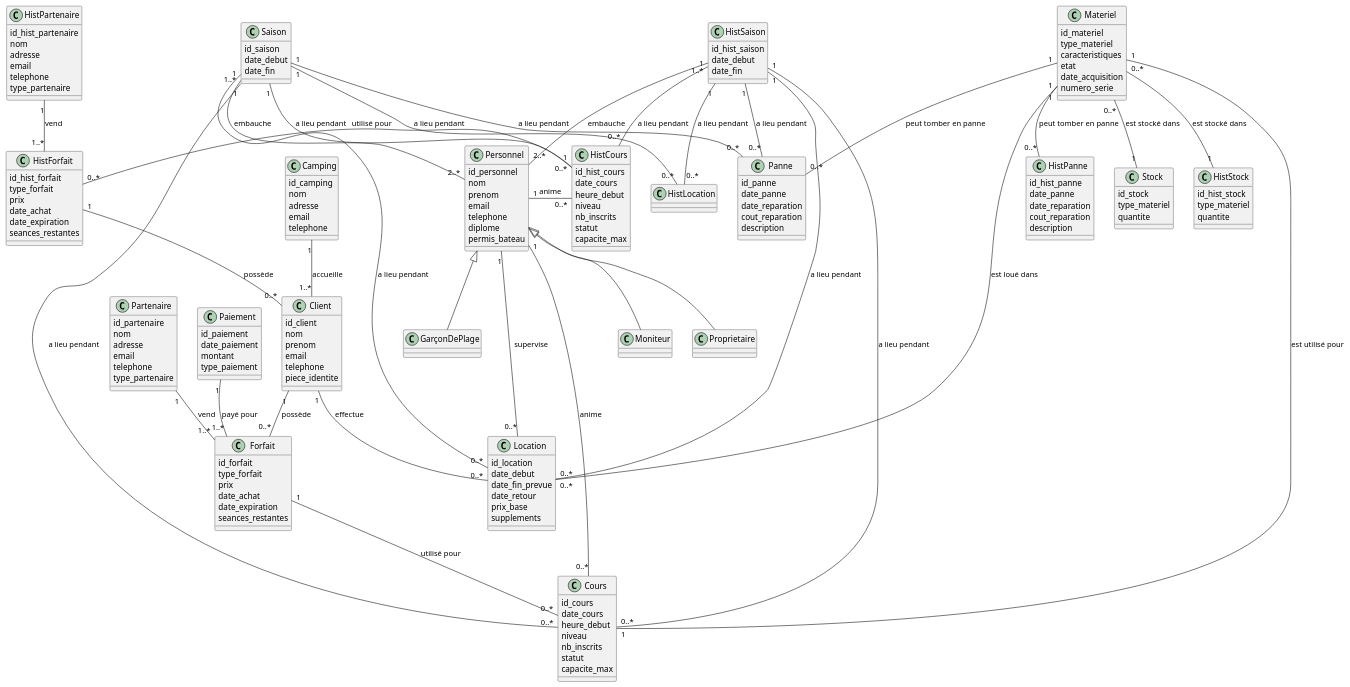
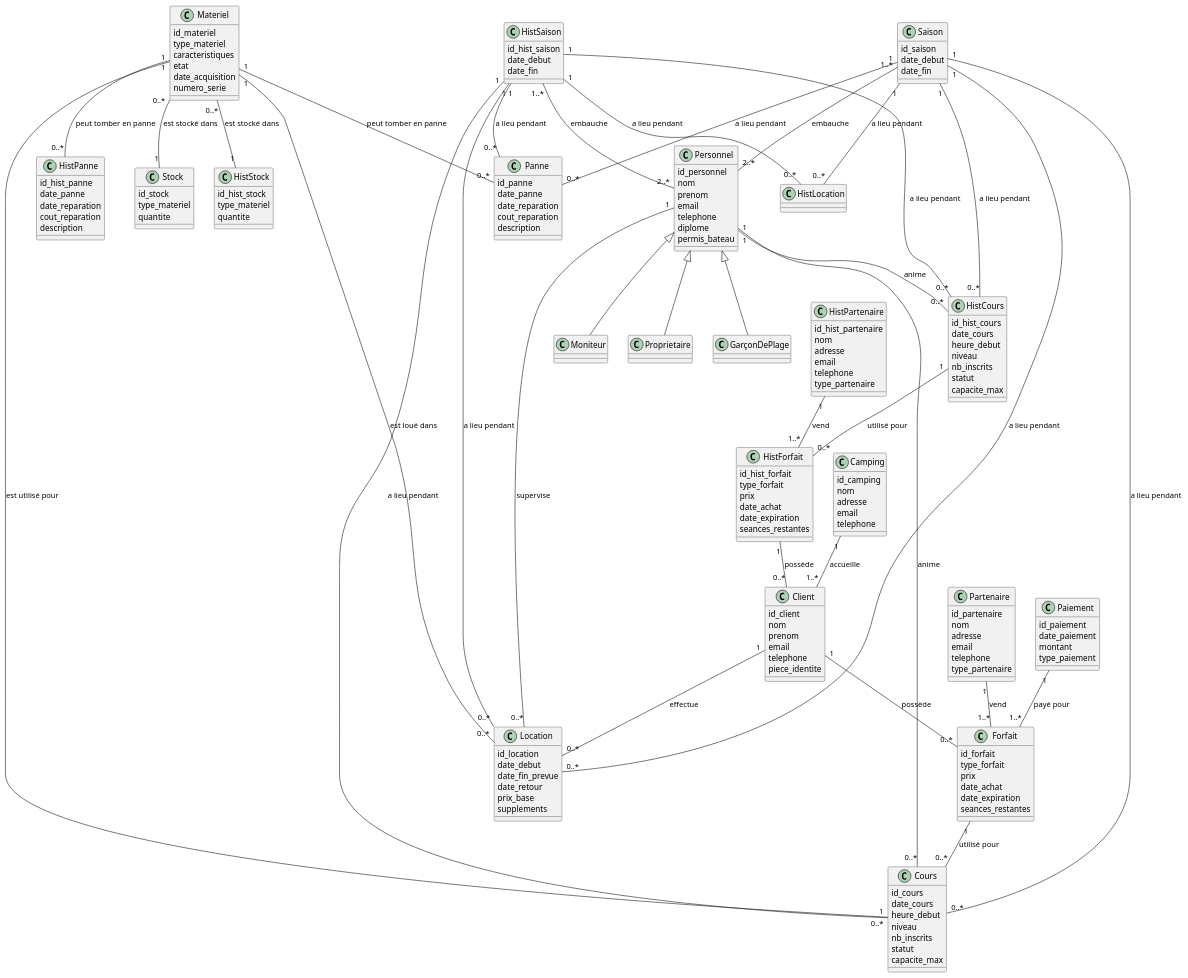
Before and after one commit to Hugo-COLLIN/MIAGE_CSI_NauticalClub: the diagram in docs/1-analysis/generalDesignClassDiagram.puml, drawn with PlantUML.

```diff
--- a/docs/1-analysis/generalDesignClassDiagram.puml
+++ b/docs/1-analysis/generalDesignClassDiagram.puml
@@ -1,190 +1,190 @@
 @startuml
     class Personnel {
         id_personnel
         nom
         prenom
         email
         telephone
         diplome
         permis_bateau
     }
 
     class GarçonDePlage extends Personnel {
     }
 
     class Moniteur extends Personnel {
     }
 
     class Proprietaire extends Personnel {
     }
 
     class Saison {
         id_saison
         date_debut
         date_fin
     }
 
     class HistSaison {
         id_hist_saison
         date_debut
         date_fin
     }
 
     class Client {
         id_client
         nom
         prenom
         email
         telephone
         piece_identite
     }
 
     class Materiel {
         id_materiel
         type_materiel
         caracteristiques
         etat
         date_acquisition
         numero_serie
     }
 
     class Forfait {
         id_forfait
         type_forfait
         prix
         date_achat
         date_expiration
         seances_restantes
     }
 
     class Partenaire {
         id_partenaire
         nom
         adresse
         email
         telephone
         type_partenaire
     }
 
     class HistPartenaire {
         id_hist_partenaire
         nom
         adresse
         email
         telephone
         type_partenaire
     }
 
     class Camping {
         id_camping
         nom
         adresse
         email
         telephone
     }
 
     class HistForfait {
         id_hist_forfait
         type_forfait
         prix
         date_achat
         date_expiration
         seances_restantes
     }
 
     class Cours {
         id_cours
         date_cours
         heure_debut
         niveau
         nb_inscrits
         statut
         capacite_max
     }
 
     class HistCours {
         id_hist_cours
         date_cours
         heure_debut
         niveau
         nb_inscrits
         statut
         capacite_max
     }
 
     class Location {
         id_location
         date_debut
         date_fin_prevue
         date_retour
         prix_base
         supplements
     }
 
     class Panne {
         id_panne
         date_panne
         date_reparation
         cout_reparation
         description
     }
 
     class HistPanne {
         id_hist_panne
         date_panne
         date_reparation
         cout_reparation
         description
     }
 
     class Stock {
         id_stock
         type_materiel
         quantite
     }
 
     class HistStock {
         id_hist_stock
         type_materiel
         quantite
     }
 
     class Paiement {
         id_paiement
         date_paiement
         montant
         type_paiement
     }
 
     Client "1" -- "0..*" Forfait: possède
     Client "1" -- "0..*" Location: effectue
     Personnel "1" -- "0..*" Cours: anime
     Materiel "1" -- "0..*" Location: est loué dans
     Forfait "1" -- "0..*" Cours: utilisé pour
     Personnel "1" -- "0..*" Location: supervise
     Materiel "1" -- "0..*" Panne: peut tomber en panne
     Materiel "1" -- "0..*" HistPanne: peut tomber en panne
     Materiel "0..*" -- "1" Stock: est stocké dans
     Materiel "0..*" -- "1" HistStock: est stocké dans
-    HistCours "1" - "0..*" HistForfait: utilisé pour
-    Personnel "1" - "0..*" HistCours : anime
+    HistCours "1" -- "0..*" HistForfait: utilisé pour
+    Personnel "1" -- "0..*" HistCours : anime
     HistForfait "1" -- "0..*" Client: possède
     Partenaire "1" -- "1..*" Forfait: vend
     HistPartenaire "1" -- "1..*" HistForfait: vend
     Camping "1" -- "1..*" Client: accueille
     Materiel "1" - "1" Cours: est utilisé pour
     Paiement "1" -- "1..*" Forfait: payé pour
     Saison "1..*" -- "2..*" Personnel: embauche
     Saison "1" -- "0..*" Cours: a lieu pendant
     Saison "1" -- "0..*" Location: a lieu pendant
     Saison "1" -- "0..*" Panne: a lieu pendant
     Saison "1" -- "0..*" HistCours: a lieu pendant
     Saison "1" -- "0..*" HistLocation: a lieu pendant
     HistSaison "1..*" -- "2..*" Personnel: embauche
     HistSaison "1" -- "0..*" Cours: a lieu pendant
-    HistSaison "1" -- "0..*" Location: a lieu pendant
+    HistSaison "1" - "0..*" Location: a lieu pendant
     HistSaison "1" -- "0..*" Panne: a lieu pendant
     HistSaison "1" -- "0..*" HistCours: a lieu pendant
     HistSaison "1" -- "0..*" HistLocation: a lieu pendant
 
 @enduml
```
